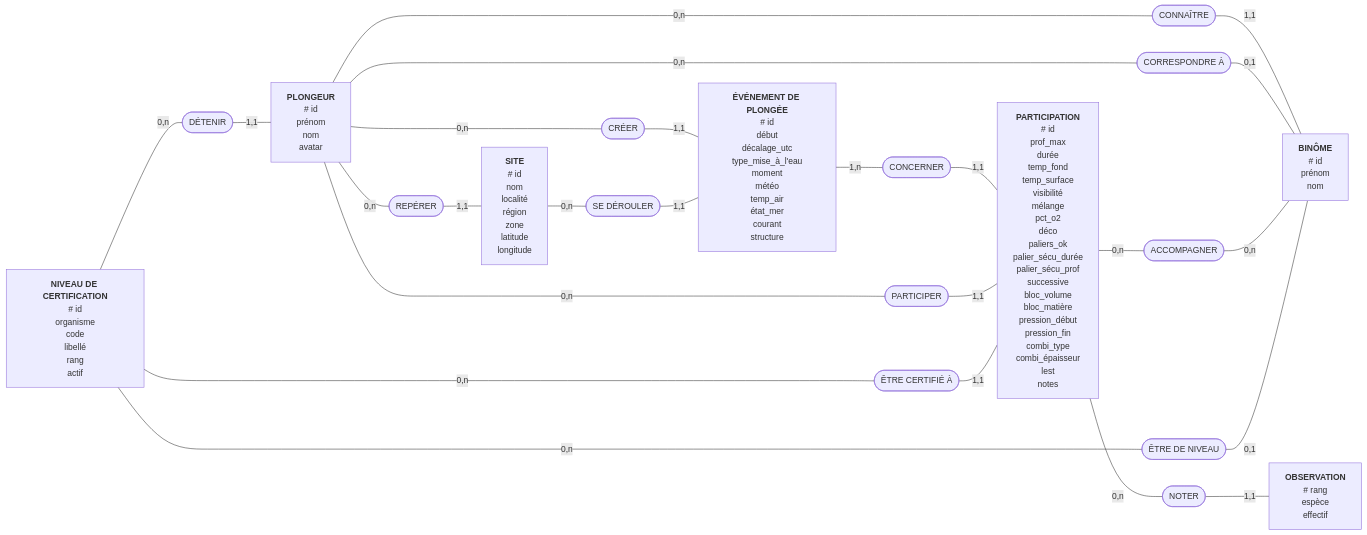
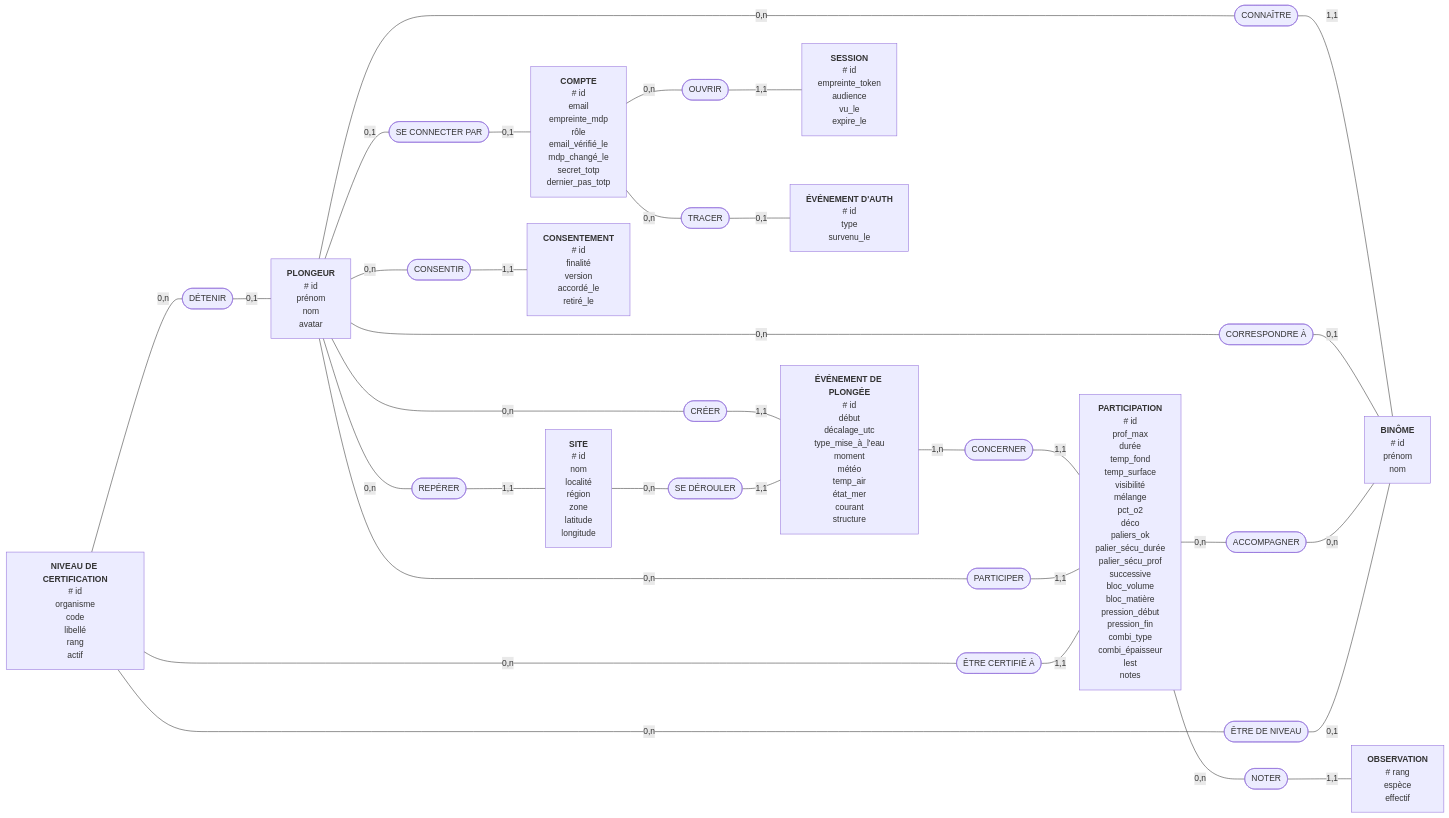
One commit to lebowvsky/e-deep changed the first of 2 diagrams in docs/data-model/schema.md. Above: the diagram before and after it, drawn with Mermaid. The commit also changed other lines of this file and 3 other files, not shown here.

````diff
--- a/docs/data-model/schema.md
+++ b/docs/data-model/schema.md
@@ -247,48 +301,64 @@
 ```mermaid
 flowchart LR
   NIVEAU["<b>NIVEAU DE CERTIFICATION</b><br/># id<br/>organisme<br/>code<br/>libellé<br/>rang<br/>actif"]
   PLONGEUR["<b>PLONGEUR</b><br/># id<br/>prénom<br/>nom<br/>avatar"]
   SITE["<b>SITE</b><br/># id<br/>nom<br/>localité<br/>région<br/>zone<br/>latitude<br/>longitude"]
   EVENEMENT["<b>ÉVÉNEMENT DE PLONGÉE</b><br/># id<br/>début<br/>décalage_utc<br/>type_mise_à_l'eau<br/>moment<br/>météo<br/>temp_air<br/>état_mer<br/>courant<br/>structure"]
   PARTICIPATION["<b>PARTICIPATION</b><br/># id<br/>prof_max<br/>durée<br/>temp_fond<br/>temp_surface<br/>visibilité<br/>mélange<br/>pct_o2<br/>déco<br/>paliers_ok<br/>palier_sécu_durée<br/>palier_sécu_prof<br/>successive<br/>bloc_volume<br/>bloc_matière<br/>pression_début<br/>pression_fin<br/>combi_type<br/>combi_épaisseur<br/>lest<br/>notes"]
   BINOME["<b>BINÔME</b><br/># id<br/>prénom<br/>nom"]
   OBSERVATION["<b>OBSERVATION</b><br/># rang<br/>espèce<br/>effectif"]
+  COMPTE["<b>COMPTE</b><br/># id<br/>email<br/>empreinte_mdp<br/>rôle<br/>email_vérifié_le<br/>mdp_changé_le<br/>secret_totp<br/>dernier_pas_totp"]
+  SESSION["<b>SESSION</b><br/># id<br/>empreinte_token<br/>audience<br/>vu_le<br/>expire_le"]
+  CONSENTEMENT["<b>CONSENTEMENT</b><br/># id<br/>finalité<br/>version<br/>accordé_le<br/>retiré_le"]
+  EVENEMENT_AUTH["<b>ÉVÉNEMENT D'AUTH</b><br/># id<br/>type<br/>survenu_le"]
 
   DETENIR(["DÉTENIR"])
   REPERER(["REPÉRER"])
   CREER(["CRÉER"])
   SE_DEROULER(["SE DÉROULER"])
   CONCERNER(["CONCERNER"])
   PARTICIPER(["PARTICIPER"])
   ETRE_CERTIFIE(["ÊTRE CERTIFIÉ À"])
   CONNAITRE(["CONNAÎTRE"])
   CORRESPONDRE(["CORRESPONDRE À"])
   ACCOMPAGNER(["ACCOMPAGNER"])
   NOTER(["NOTER"])
   ETRE_DE_NIVEAU(["ÊTRE DE NIVEAU"])
+  SE_CONNECTER(["SE CONNECTER PAR"])
+  OUVRIR(["OUVRIR"])
+  CONSENTIR(["CONSENTIR"])
+  TRACER(["TRACER"])
 
   NIVEAU ---|"0,n"| DETENIR
-  DETENIR ---|"1,1"| PLONGEUR
+  DETENIR ---|"0,1"| PLONGEUR
   PLONGEUR ---|"0,n"| REPERER
   REPERER ---|"1,1"| SITE
   PLONGEUR ---|"0,n"| CREER
   CREER ---|"1,1"| EVENEMENT
   SITE ---|"0,n"| SE_DEROULER
   SE_DEROULER ---|"1,1"| EVENEMENT
   EVENEMENT ---|"1,n"| CONCERNER
   CONCERNER ---|"1,1"| PARTICIPATION
   PLONGEUR ---|"0,n"| PARTICIPER
   PARTICIPER ---|"1,1"| PARTICIPATION
   NIVEAU ---|"0,n"| ETRE_CERTIFIE
   ETRE_CERTIFIE ---|"1,1"| PARTICIPATION
   PLONGEUR ---|"0,n"| CONNAITRE
   CONNAITRE ---|"1,1"| BINOME
   PLONGEUR ---|"0,n"| CORRESPONDRE
   CORRESPONDRE ---|"0,1"| BINOME
   PARTICIPATION ---|"0,n"| ACCOMPAGNER
   ACCOMPAGNER ---|"0,n"| BINOME
   PARTICIPATION ---|"0,n"| NOTER
   NOTER ---|"1,1"| OBSERVATION
   NIVEAU ---|"0,n"| ETRE_DE_NIVEAU
   ETRE_DE_NIVEAU ---|"0,1"| BINOME
+  PLONGEUR ---|"0,1"| SE_CONNECTER
+  SE_CONNECTER ---|"0,1"| COMPTE
+  COMPTE ---|"0,n"| OUVRIR
+  OUVRIR ---|"1,1"| SESSION
+  PLONGEUR ---|"0,n"| CONSENTIR
+  CONSENTIR ---|"1,1"| CONSENTEMENT
+  COMPTE ---|"0,n"| TRACER
+  TRACER ---|"0,1"| EVENEMENT_AUTH
 ```
````
